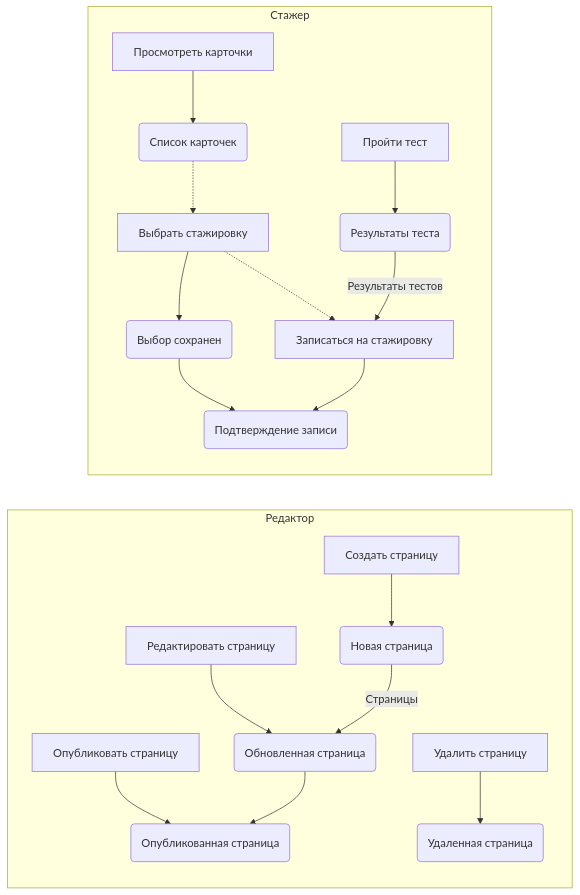
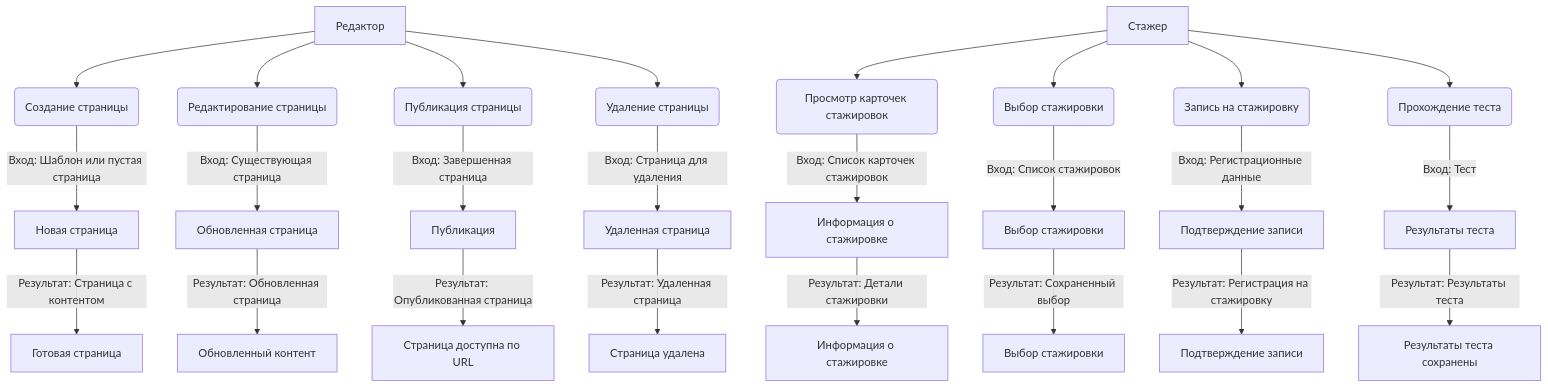
One commit to sardelkaaa/gfd changed the diagram in README.md. Above: the diagram before and after it, drawn with Mermaid.

````diff
--- a/README.md
+++ b/README.md
@@ -1,19 +1,36 @@
 ```mermaid
-graph LR
-    subgraph Редактор
-        A[Создать страницу] --> B(Новая страница);
-        C[Редактировать страницу] --> D(Обновленная страница);
-        E[Опубликовать страницу] --> F(Опубликованная страница);
-        G[Удалить страницу] --> H(Удаленная страница);
-    end
-    subgraph Стажер
-        I[Просмотреть карточки] --> J(Список карточек);
-        K[Выбрать стажировку] --> L(Выбор сохранен);
-        M[Записаться на стажировку] --> N(Подтверждение записи);
-        O[Пройти тест] --> P(Результаты теста);
-    end
-    B -- Страницы --> D --> F
-    J -.-> K -.-> M
-    L --> N
-    P -- Результаты тестов --> M
+graph TD
+  %% Определение ролей
+  A[Редактор] --> B(Создание страницы)
+  A --> C(Редактирование страницы)
+  A --> D(Публикация страницы)
+  A --> E(Удаление страницы)
+
+  F[Стажер] --> G(Просмотр карточек стажировок)
+  F --> H(Выбор стажировки)
+  F --> I(Запись на стажировку)
+  F --> J(Прохождение теста)
+
+  %% Входящие и выходящие потоки
+  B -->|Вход: Шаблон или пустая страница| K[Новая страница]
+  C -->|Вход: Существующая страница| L[Обновленная страница]
+  D -->|Вход: Завершенная страница| M[Публикация]
+  E -->|Вход: Страница для удаления| N[Удаленная страница]
+  
+  G -->|Вход: Список карточек стажировок| O[Информация о стажировке]
+  H -->|Вход: Список стажировок| P[Выбор стажировки]
+  I -->|Вход: Регистрационные данные| Q[Подтверждение записи]
+  J -->|Вход: Тест| R[Результаты теста]
+
+  %% Ожидаемые результаты
+  K -->|Результат: Страница с контентом| A1[Готовая страница]
+  L -->|Результат: Обновленная страница| A2[Обновленный контент]
+  M -->|Результат: Опубликованная страница| A3[Страница доступна по URL]
+  N -->|Результат: Удаленная страница| A4[Страница удалена]
+  
+  O -->|Результат: Детали стажировки| F1[Информация о стажировке]
+  P -->|Результат: Сохраненный выбор| F2[Выбор стажировки]
+  Q -->|Результат: Регистрация на стажировку| F3[Подтверждение записи]
+  R -->|Результат: Результаты теста| F4[Результаты теста сохранены]
+
 ```
````
